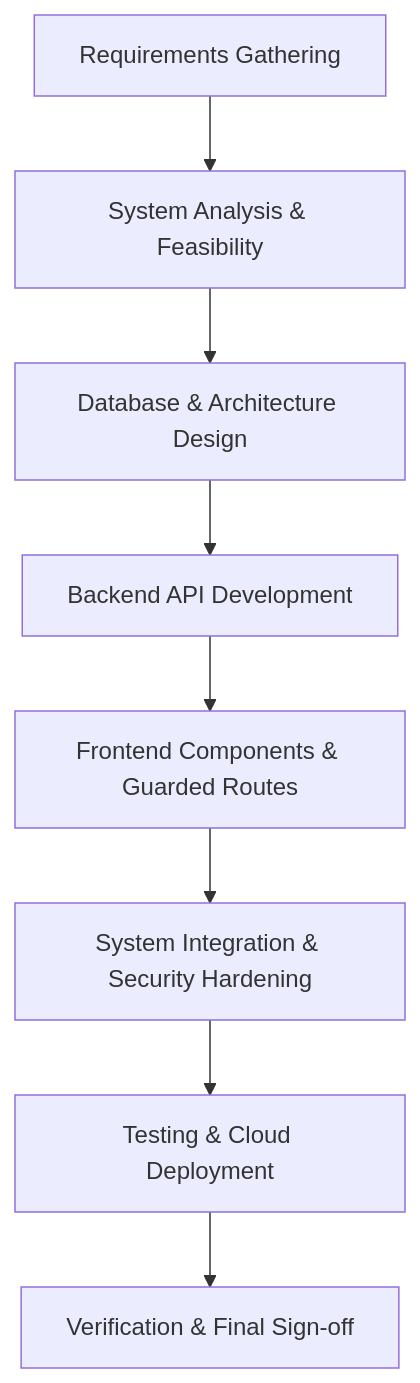
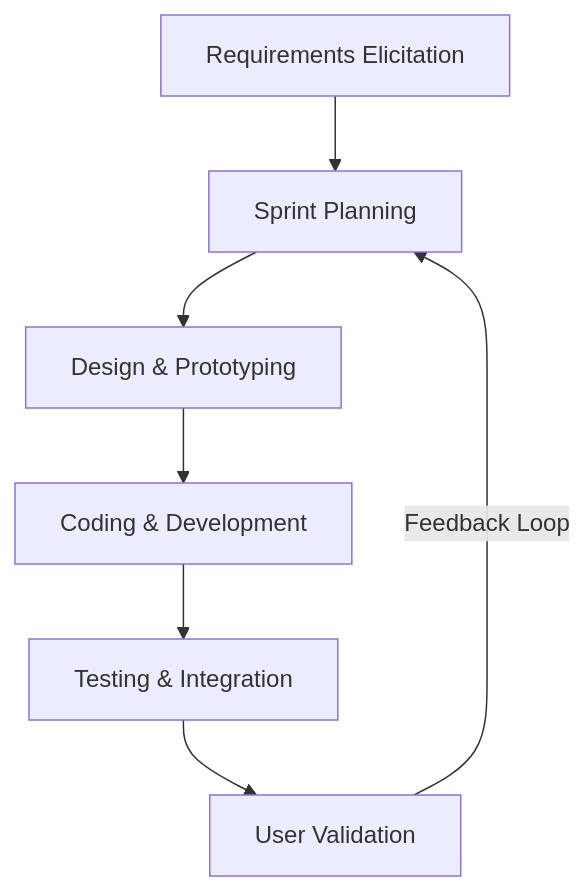
One commit to Varos14/wampeewo-cms changed the first of 2 diagrams in Wampeewo_CMS_Final_Report.md. Above: the diagram before and after it, drawn with Mermaid. The commit also changed other lines of this file and 51 other files, not shown here.

````diff
--- a/Wampeewo_CMS_Final_Report.md
+++ b/Wampeewo_CMS_Final_Report.md
@@ -233,10 +214,9 @@
 ```mermaid
 graph TD
-    A[Requirements Gathering] --> B[System Analysis & Feasibility]
-    B --> C[Database & Architecture Design]
-    C --> D[Backend API Development]
-    D --> E[Frontend Components & Guarded Routes]
-    E --> F[System Integration & Security Hardening]
-    F --> G[Testing & Cloud Deployment]
-    G --> H[Verification & Final Sign-off]
+    A[Requirements Elicitation] --> B[Sprint Planning]
+    B --> C[Design & Prototyping]
+    C --> D[Coding & Development]
+    D --> E[Testing & Integration]
+    E --> F[User Validation]
+    F -->|Feedback Loop| B
 ```
````
